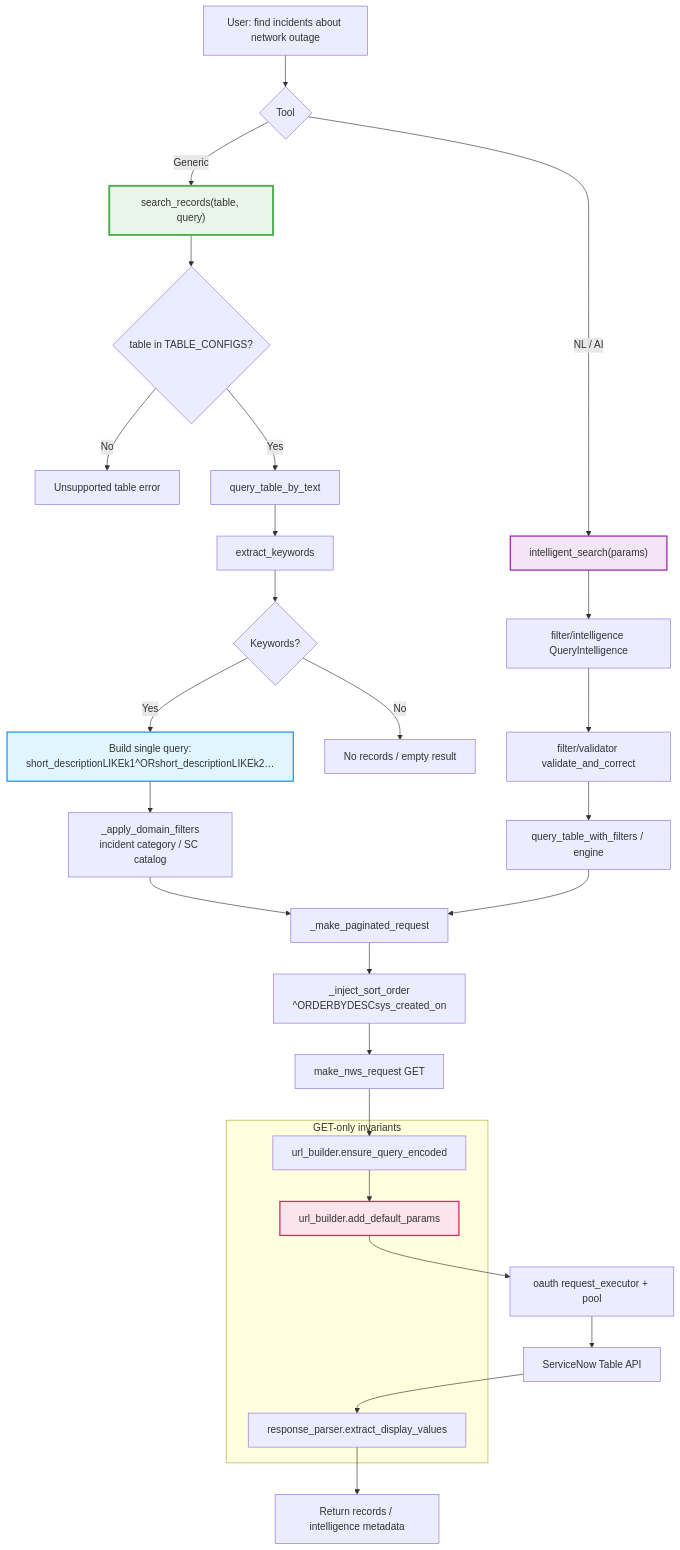
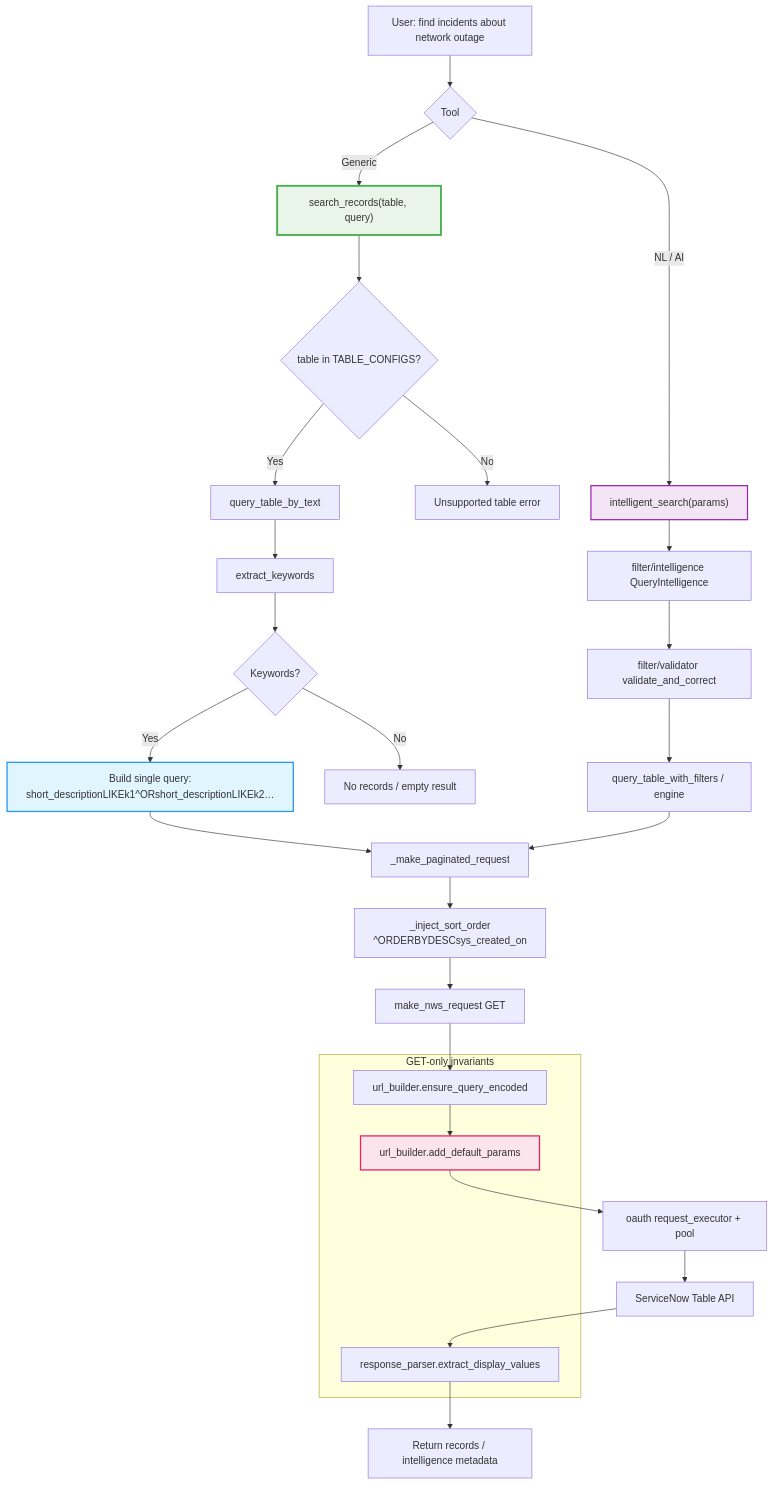
One commit to Papamzor/personal-mcp-servicenow changed the diagram in Diagrams & Documentation/04-similarity-search-flow.md. Above: the diagram before and after it, drawn with Mermaid. The commit also changed 5 other files, not shown here.

````diff
--- a/Diagrams & Documentation/04-similarity-search-flow.md
+++ b/Diagrams & Documentation/04-similarity-search-flow.md
@@ -7,44 +7,43 @@
 ```mermaid
 flowchart TD
     A["User: find incidents about network outage"] --> B{Tool}
     B -->|Generic| C["search_records(table, query)"]
     B -->|NL / AI| D["intelligent_search(params)"]
 
     C --> VAL{table in TABLE_CONFIGS?}
     VAL -->|No| VALERR[Unsupported table error]
     VAL -->|Yes| E[query_table_by_text]
 
     D --> F[filter/intelligence QueryIntelligence]
     F --> V[filter/validator validate_and_correct]
     V --> R[query_table_with_filters / engine]
 
     E --> G[extract_keywords]
     G --> H{Keywords?}
     H -->|No| L[No records / empty result]
     H -->|Yes| ORQ["Build single query:<br/>short_descriptionLIKEk1^ORshort_descriptionLIKEk2…"]
 
-    ORQ --> CAT[_apply_domain_filters<br/>incident category / SC catalog]
-    CAT --> PAG
+    ORQ --> PAG
     R --> PAG
 
     PAG[_make_paginated_request]
     PAG --> SORT[_inject_sort_order<br/>^ORDERBYDESCsys_created_on]
     SORT --> API[make_nws_request GET]
     API --> ENC[url_builder.ensure_query_encoded]
     ENC --> PERF[url_builder.add_default_params]
     PERF --> OAUTH[oauth request_executor + pool]
     OAUTH --> SN[ServiceNow Table API]
     SN --> FLAT[response_parser.extract_display_values]
     FLAT --> OUT[Return records / intelligence metadata]
 
     subgraph "GET-only invariants"
         ENC
         PERF
         FLAT
     end
 
     style C fill:#e8f5e8,stroke:#4caf50,stroke-width:3px
     style D fill:#f3e5f5,stroke:#9c27b0,stroke-width:2px
     style ORQ fill:#e1f5fe,stroke:#2196f3,stroke-width:2px
     style PERF fill:#fce4ec,stroke:#e91e63,stroke-width:2px
 ```
````
